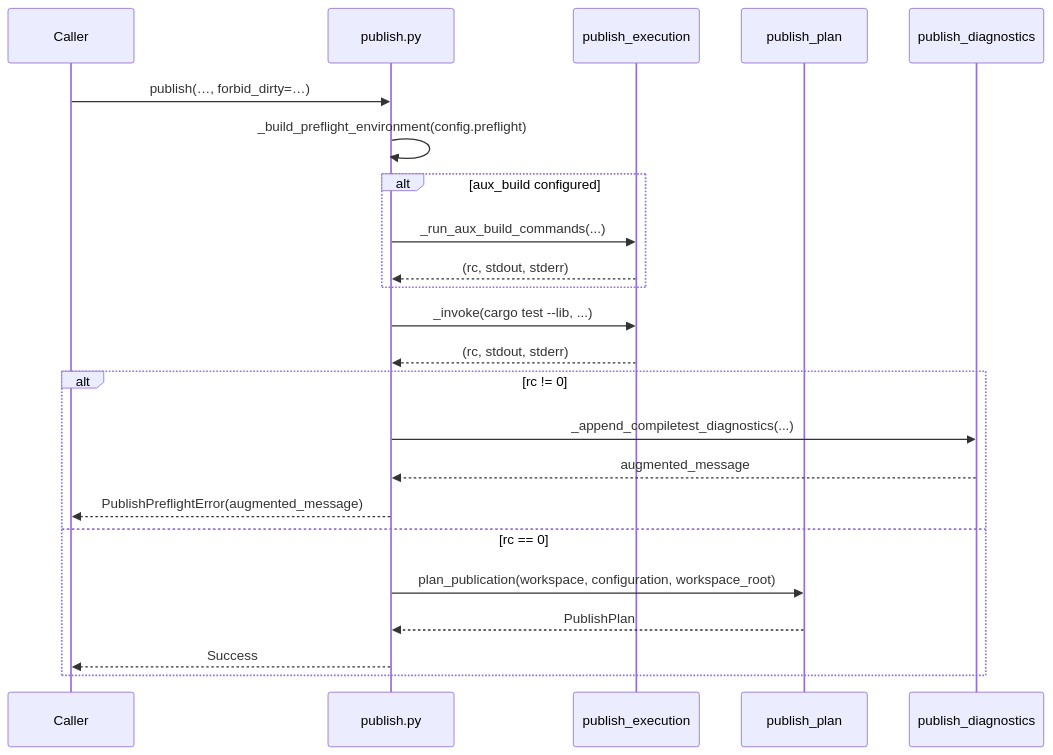
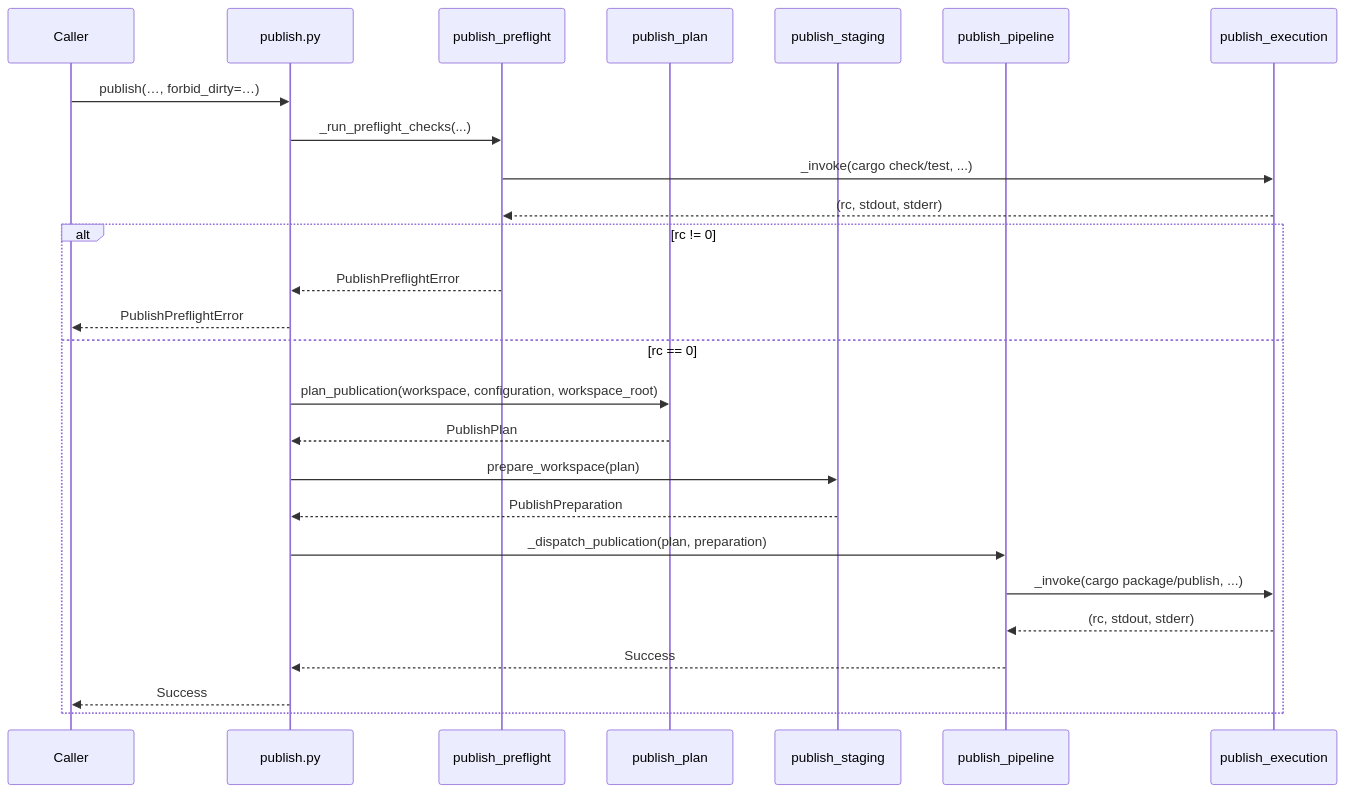
Before and after one commit to leynos/lading: the second of 2 diagrams in docs/lading-design.md, drawn with Mermaid. The commit also changed other lines of this file and 4 other files, not shown here.

First line of the commit message:
Address publish pipeline review findings (#170)

````diff
--- a/docs/lading-design.md
+++ b/docs/lading-design.md
@@ -529,26 +530,29 @@
 ```mermaid
 sequenceDiagram
     participant Caller
     participant publish.py
+    participant publish_preflight
+    participant publish_plan
+    participant publish_staging
+    participant publish_pipeline
     participant publish_execution
-    participant publish_plan
-    participant publish_diagnostics
 
     Caller->>publish.py: publish(…, forbid_dirty=…)
-    publish.py->>publish.py: _build_preflight_environment(config.preflight)
-    alt aux_build configured
-        publish.py->>publish_execution: _run_aux_build_commands(...)
-        publish_execution-->>publish.py: (rc, stdout, stderr)
-    end
-    publish.py->>publish_execution: _invoke(cargo test --lib, ...)
-    publish_execution-->>publish.py: (rc, stdout, stderr)
+    publish.py->>publish_preflight: _run_preflight_checks(...)
+    publish_preflight->>publish_execution: _invoke(cargo check/test, ...)
+    publish_execution-->>publish_preflight: (rc, stdout, stderr)
     alt rc != 0
-        publish.py->>publish_diagnostics: _append_compiletest_diagnostics(...)
-        publish_diagnostics-->>publish.py: augmented_message
-        publish.py-->>Caller: PublishPreflightError(augmented_message)
+        publish_preflight-->>publish.py: PublishPreflightError
+        publish.py-->>Caller: PublishPreflightError
     else rc == 0
         publish.py->>publish_plan: plan_publication(workspace, configuration, workspace_root)
         publish_plan-->>publish.py: PublishPlan
+        publish.py->>publish_staging: prepare_workspace(plan)
+        publish_staging-->>publish.py: PublishPreparation
+        publish.py->>publish_pipeline: _dispatch_publication(plan, preparation)
+        publish_pipeline->>publish_execution: _invoke(cargo package/publish, ...)
+        publish_execution-->>publish_pipeline: (rc, stdout, stderr)
+        publish_pipeline-->>publish.py: Success
         publish.py-->>Caller: Success
     end
 ```
````
